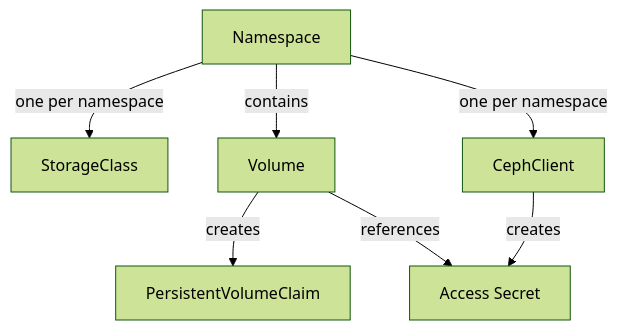
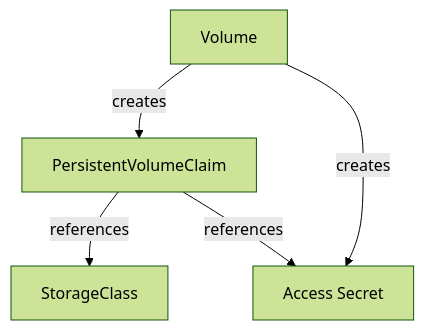
Before and after one commit to ironcore-dev/ceph-provider: the second of 4 diagrams in docs/architecture/README.md, drawn with Mermaid (forest theme). The commit also changed other lines of this file, not shown here.

````diff
--- a/docs/architecture/README.md
+++ b/docs/architecture/README.md
@@ -55,9 +48,7 @@
 ```mermaid
 graph TD
-    NS -- one per namespace --> SC[StorageClass]
-    NS[Namespace] -- contains --> V
+    PVC -- references --> SC[StorageClass]
     V[Volume] -- creates  --> PVC[PersistentVolumeClaim]
-    NS -- one per namespace --> CC[CephClient]
-    CC -- creates --> S[Access Secret]
-    V -- references --> S
+    PVC -- references --> S
+    V -- creates --> S[Access Secret]
 ```
````
